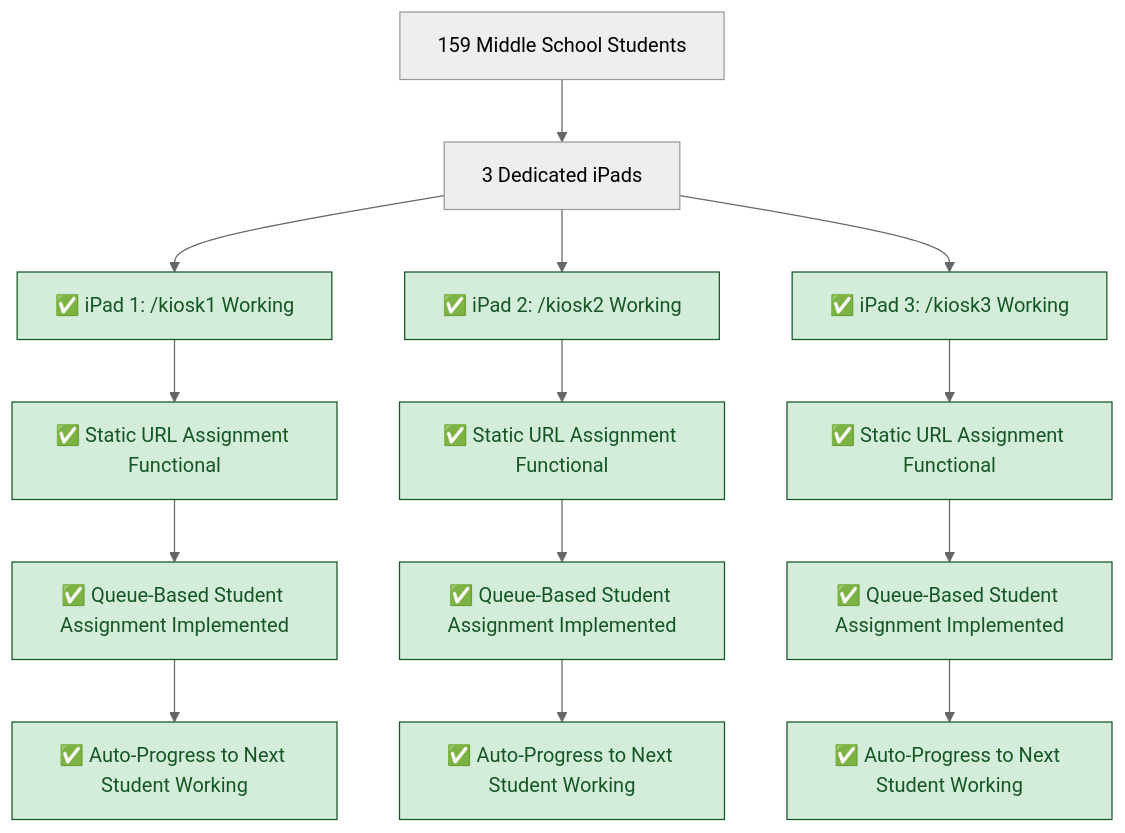
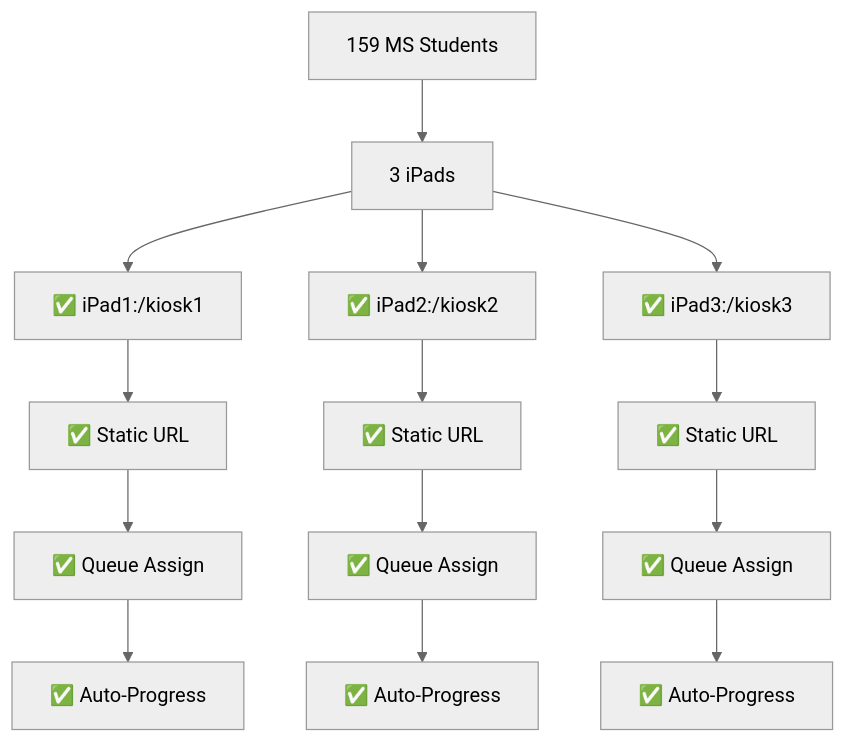
Before and after one commit to Splurfa/bx-os: the first of 5 diagrams in docs/flowcharts/Current-State/02-current-kiosk-system-complete.md, drawn with Mermaid (neutral theme). The commit also changed other lines of this file and 6 other files, not shown here.

Commit message:
Fix Mermaid text cutoff with basic syntax

````diff
--- a/docs/flowcharts/Current-State/02-current-kiosk-system-complete.md
+++ b/docs/flowcharts/Current-State/02-current-kiosk-system-complete.md
@@ -9,25 +9,20 @@
 ```mermaid
 flowchart TD
-    A["`159 Middle School Students`"] --> B["`3 Dedicated iPads`"]
+    A[159 MS Students] --> B[3 iPads]
     
-    B --> C["`✅ iPad 1: /kiosk1 Working`"]
-    B --> D["`✅ iPad 2: /kiosk2 Working`"]  
-    B --> E["`✅ iPad 3: /kiosk3 Working`"]
+    B --> C[✅ iPad1:/kiosk1]
+    B --> D[✅ iPad2:/kiosk2]  
+    B --> E[✅ iPad3:/kiosk3]
     
-    C --> F["`✅ Static URL Assignment Functional`"]
-    D --> G["`✅ Static URL Assignment Functional`"]
-    E --> H["`✅ Static URL Assignment Functional`"]
+    C --> F[✅ Static URL]
+    D --> G[✅ Static URL]
+    E --> H[✅ Static URL]
     
-    F --> I["`✅ Queue-Based Student Assignment Implemented`"]
-    G --> J["`✅ Queue-Based Student Assignment Implemented`"]
-    H --> K["`✅ Queue-Based Student Assignment Implemented`"]
+    F --> I[✅ Queue Assign]
+    G --> J[✅ Queue Assign]
+    H --> K[✅ Queue Assign]
     
-    I --> L["`✅ Auto-Progress to Next Student Working`"]
-    J --> M["`✅ Auto-Progress to Next Student Working`"]
-    K --> N["`✅ Auto-Progress to Next Student Working`"]
-    
-    classDef working fill:#d4edda,stroke:#155724,color:#155724
-    classDef functional fill:#cce5ff,stroke:#0066cc,color:#0066cc
-    
-    class C,D,E,F,G,H,I,J,K,L,M,N working
+    I --> L[✅ Auto-Progress]
+    J --> M[✅ Auto-Progress]
+    K --> N[✅ Auto-Progress]
 ```
````
